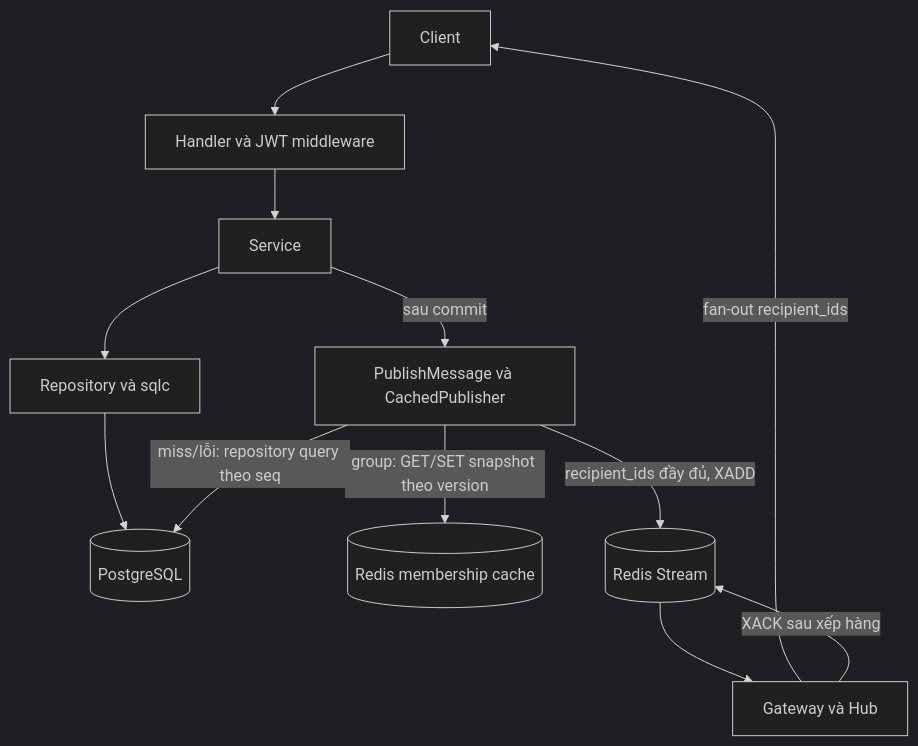
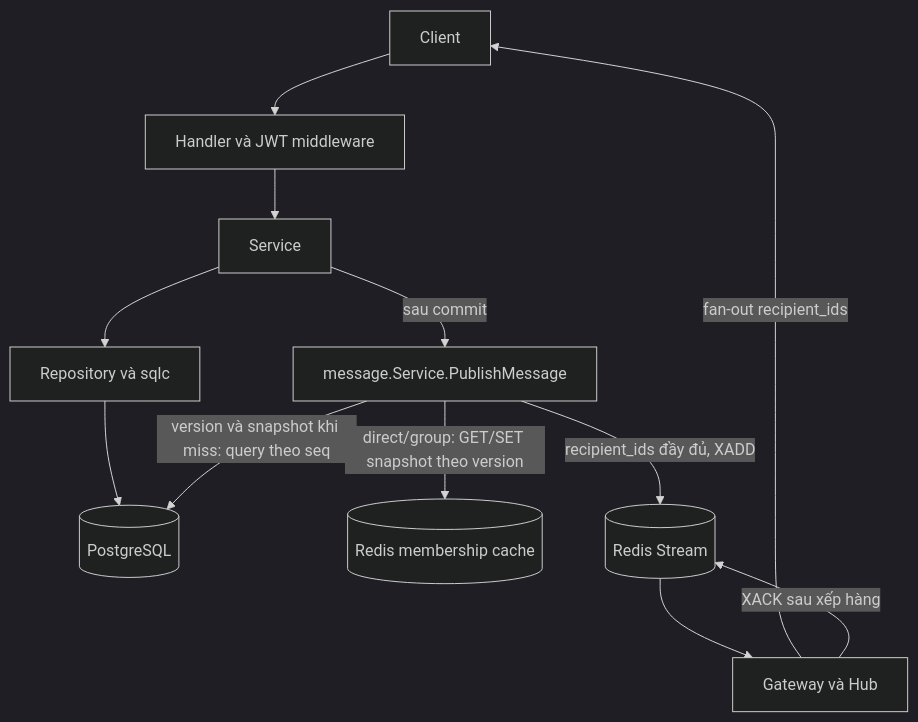
One commit to daoquocdai/chat-api changed the diagram in docs/request-flow.md. Above: the diagram before and after it, drawn with Mermaid (dark theme). The commit also changed other lines of this file and 25 other files, not shown here.

````diff
--- a/docs/request-flow.md
+++ b/docs/request-flow.md
@@ -15,14 +15,14 @@
 ```mermaid
 flowchart TD
     C[Client] --> H[Handler và JWT middleware]
     H --> S[Service]
     S --> R[Repository và sqlc]
     R --> DB[(PostgreSQL)]
-    S -->|sau commit| P[PublishMessage và CachedPublisher]
-    P -->|group: GET/SET snapshot theo version| MC[(Redis membership cache)]
-    P -->|miss/lỗi: repository query theo seq| DB
+    S -->|sau commit| P[message.Service.PublishMessage]
+    P -->|direct/group: GET/SET snapshot theo version| MC[(Redis membership cache)]
+    P -->|version và snapshot khi miss: query theo seq| DB
     P -->|recipient_ids đầy đủ, XADD| X[(Redis Stream)]
     X --> G[Gateway và Hub]
     G -->|fan-out recipient_ids| C
     G -->|XACK sau xếp hàng| X
 ```
````
